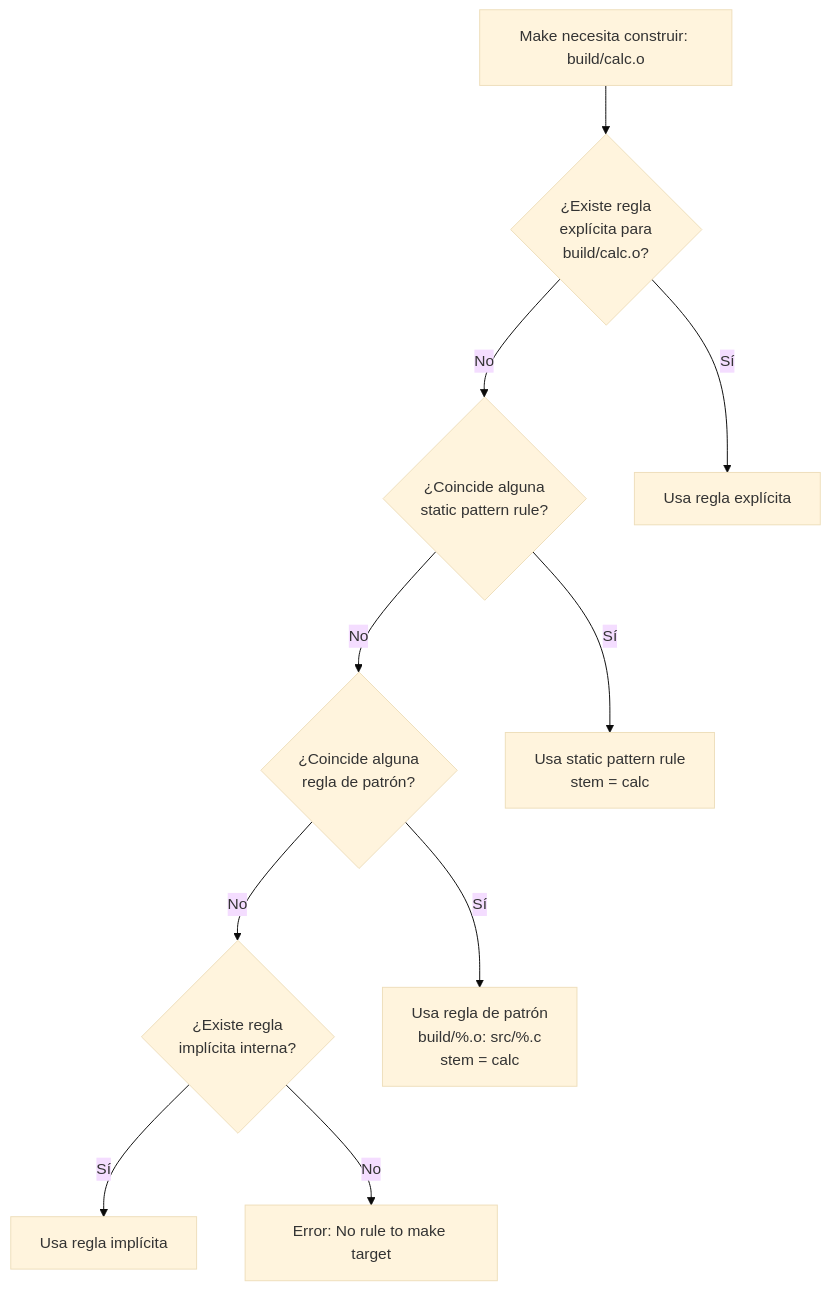
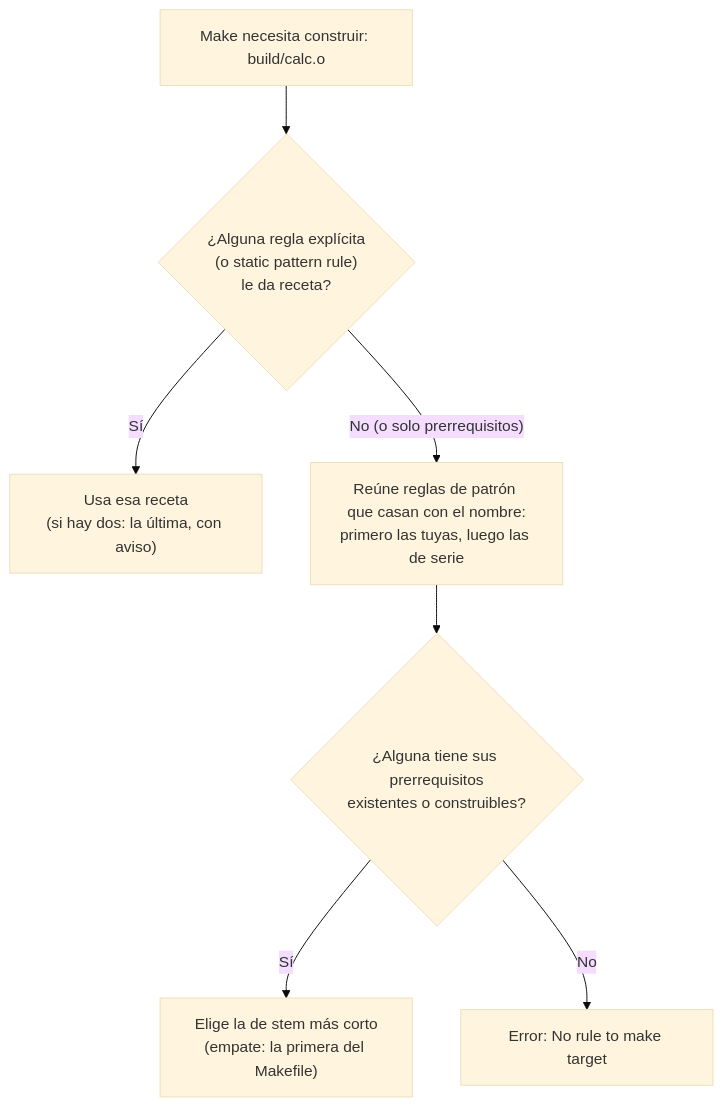
One commit to ergrato-dev/bc-makefile changed the diagram in bootcamp/week-05-reglas_de_patron/0-assets/02-flujo-resolucion-stem.md. Above: the diagram before and after it, drawn with Mermaid (base theme). The commit also changed other lines of this file and 106 other files, not shown here.

````diff
--- a/bootcamp/week-05-reglas_de_patron/0-assets/02-flujo-resolucion-stem.md
+++ b/bootcamp/week-05-reglas_de_patron/0-assets/02-flujo-resolucion-stem.md
@@ -3,24 +3,17 @@
 ```mermaid
 flowchart TD
     A["Make necesita construir: build/calc.o"]
-    B{"¿Existe regla\nexplícita para\nbuild/calc.o?"}
-    C{"¿Coincide alguna\nstatic pattern rule?"}
-    D{"¿Coincide alguna\nregla de patrón?"}
-    E{"¿Existe regla\nimplícita interna?"}
+    B{"¿Alguna regla explícita<br/>(o static pattern rule)<br/>le da receta?"}
+    R1["Usa esa receta<br/>(si hay dos: la última, con aviso)"]
+    C["Reúne reglas de patrón que casan con el nombre:<br/>primero las tuyas, luego las de serie"]
+    D{"¿Alguna tiene sus prerrequisitos<br/>existentes o construibles?"}
+    E["Elige la de stem más corto<br/>(empate: la primera del Makefile)"]
     F["Error: No rule to make target"]
-
-    R1["Usa regla explícita"]
-    R2["Usa static pattern rule<br/>stem = calc"]
-    R3["Usa regla de patrón<br/>build/%.o: src/%.c<br/>stem = calc"]
-    R4["Usa regla implícita"]
 
     A --> B
     B -->|Sí| R1
-    B -->|No| C
-    C -->|Sí| R2
-    C -->|No| D
-    D -->|Sí| R3
-    D -->|No| E
-    E -->|Sí| R4
-    E -->|No| F
+    B -->|"No (o solo prerrequisitos)"| C
+    C --> D
+    D -->|Sí| E
+    D -->|No| F
 ```
````
